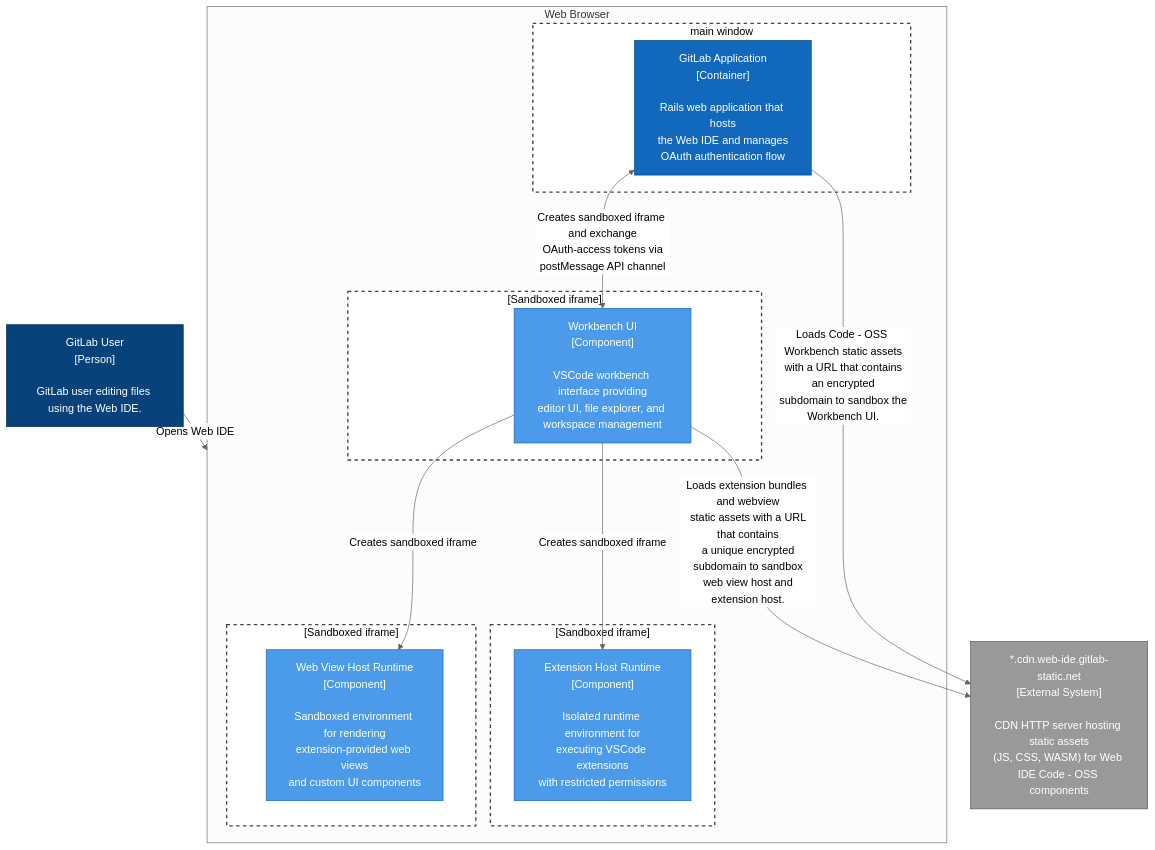
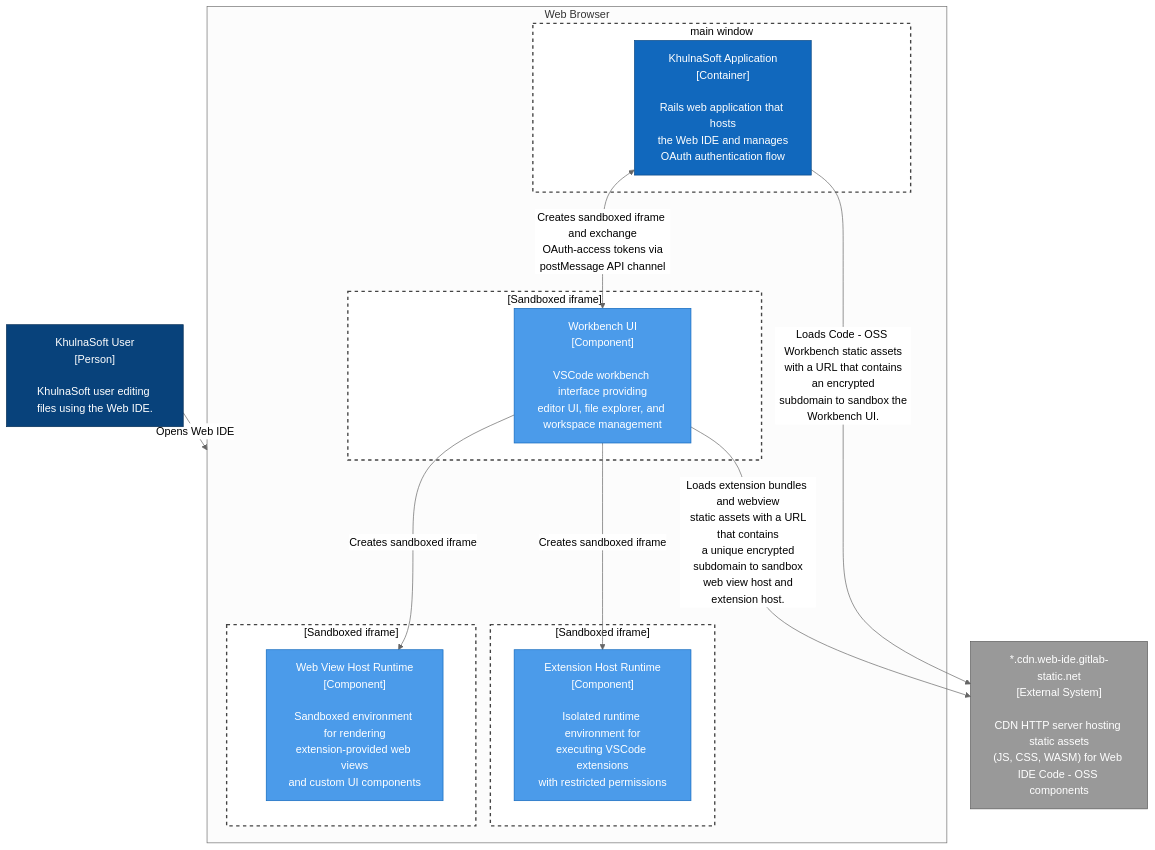
One commit to khulnasoft-bot/web-ide changed the first of 2 diagrams in docs/development/deployment.md. Above: the diagram before and after it, drawn with Mermaid (neutral theme). The commit also changed other lines of this file and 41 other files, not shown here.

````diff
--- a/docs/development/deployment.md
+++ b/docs/development/deployment.md
@@ -56,47 +56,47 @@
 ```mermaid
 flowchart TD
-    User["GitLab User<br/>[Person]<br/><br/>GitLab user editing files using the Web IDE."]
+    User["KhulnaSoft User<br/>[Person]<br/><br/>KhulnaSoft user editing files using the Web IDE."]
 
     subgraph browser["Web Browser"]
         subgraph gitlab-boundary["main window"]
-            Rails["GitLab Application<br/>[Container]<br/><br/>Rails web application that hosts<br/>the Web IDE and manages<br/>OAuth authentication flow"]
+            Rails["KhulnaSoft Application<br/>[Container]<br/><br/>Rails web application that hosts<br/>the Web IDE and manages<br/>OAuth authentication flow"]
         end
 
         subgraph workbench-boundary["[Sandboxed iframe]"]
             Workbench["Workbench UI<br/>[Component]<br/><br/>VSCode workbench interface providing<br/>editor UI, file explorer, and workspace management"]
         end
 
         subgraph extension-boundary["[Sandboxed iframe]"]
             ExtHost["Extension Host Runtime<br/>[Component]<br/><br/>Isolated runtime environment for<br/>executing VSCode extensions<br/>with restricted permissions"]
         end
 
         subgraph webview-boundary["[Sandboxed iframe]"]
             WebView["Web View Host Runtime<br/>[Component]<br/><br/>Sandboxed environment for rendering<br/>extension-provided web views<br/>and custom UI components"]
         end
     end
 
 
     CDN["*.cdn.web-ide.gitlab-static.net<br/>[External System]<br/><br/>CDN HTTP server hosting static assets<br/>(JS, CSS, WASM) for Web IDE Code - OSS components"]
 
     User -->|"Opens Web IDE"| browser
     Rails <-->|"Creates sandboxed iframe and exchange<br> OAuth-access tokens via postMessage API channel"| Workbench
 
     Rails -->|"Loads Code - OSS Workbench static assets<br> with a URL that contains an encrypted<br> subdomain to sandbox the Workbench UI."| CDN
 
     Workbench -->|"Creates sandboxed iframe"| ExtHost
     Workbench -->|"Creates sandboxed iframe"| WebView
 
     Workbench -->|"Loads extension bundles and webview<br> static assets with a URL that contains<br> a unique encrypted subdomain to sandbox<br> web view host and extension host."| CDN
 
     classDef person-class stroke:#052e56,fill:#08427b,color:#ffffff
     classDef container-class stroke:#0b4884,fill:#1168bd,color:#ffffff
     classDef component-class stroke:#1168bd,fill:#4b9bea,color:#ffffff
     classDef external-class stroke:#565656,fill:#999999,color:#ffffff
     classDef boundary-class fill:#ffffff,stroke:#444444,stroke-width:2px,stroke-dasharray:5 5, color: #000
 
     class User person-class
     class Rails container-class
     class Workbench,ExtHost,WebView component-class
     class CDN external-class
     class gitlab-boundary,workbench-boundary,extension-boundary,webview-boundary boundary-class
 ```
````
